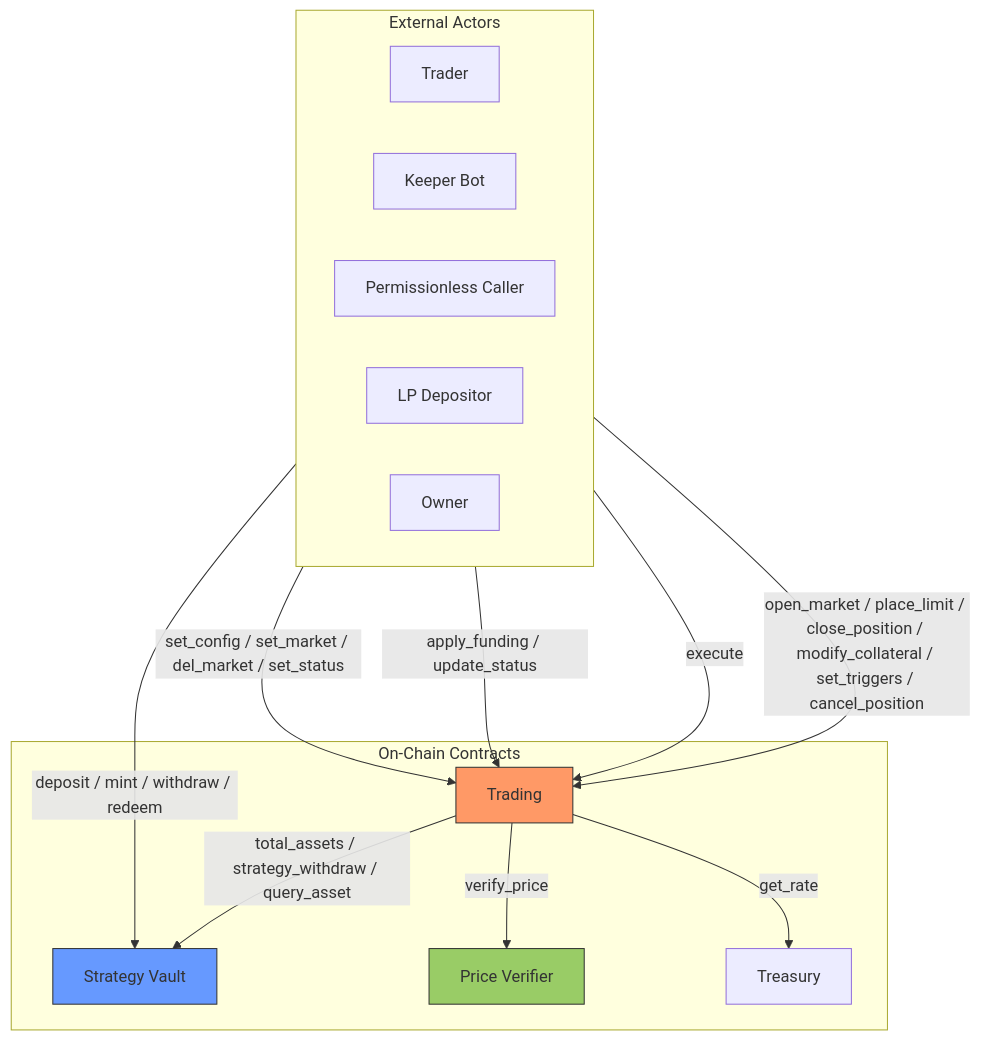
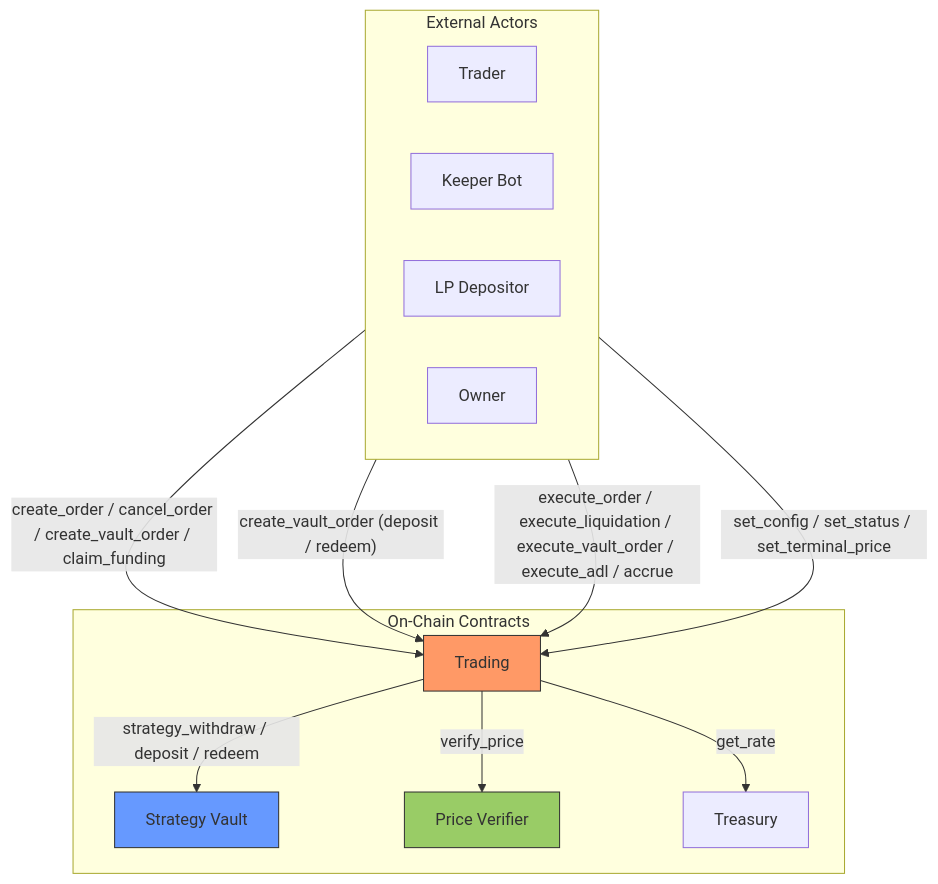
Before and after one commit to zenith-protocols/zenex-docs: the diagram in technical/index.md, drawn with Mermaid. The commit also changed other lines of this file and 21 other files, not shown here.

Commit message:
docs(technical): sync contract interface reference to v2 order/keeper flow

````diff
--- a/technical/index.md
+++ b/technical/index.md
@@ -26,32 +41,30 @@
 ```mermaid
 flowchart TB
     subgraph Actors["External Actors"]
         direction LR
         Trader["Trader"]
         Keeper["Keeper Bot"]
-        Anyone["Permissionless Caller"]
         LP["LP Depositor"]
         Admin["Owner"]
     end
 
     subgraph Contracts["On-Chain Contracts"]
         Trading["Trading"]
         Vault["Strategy Vault"]
         PV["Price Verifier"]
         Treasury["Treasury"]
     end
 
-    Trader -->|"open_market / place_limit / close_position / modify_collateral / set_triggers / cancel_position"| Trading
-    Keeper -->|"execute"| Trading
-    Anyone -->|"apply_funding / update_status"| Trading
-    LP -->|"deposit / mint / withdraw / redeem"| Vault
-    Admin -->|"set_config / set_market / del_market / set_status"| Trading
+    Trader -->|"create_order / cancel_order / create_vault_order / claim_funding"| Trading
+    LP -->|"create_vault_order (deposit / redeem)"| Trading
+    Keeper -->|"execute_order / execute_liquidation / execute_vault_order / execute_adl / accrue"| Trading
+    Admin -->|"set_config / set_status / set_terminal_price"| Trading
 
     Trading -->|"verify_price"| PV
-    Trading -->|"total_assets / strategy_withdraw / query_asset"| Vault
+    Trading -->|"strategy_withdraw / deposit / redeem"| Vault
     Trading -->|"get_rate"| Treasury
 
     style Trading fill:#f96,stroke:#333
     style Vault fill:#69f,stroke:#333
     style PV fill:#9c6,stroke:#333
 ```
````
